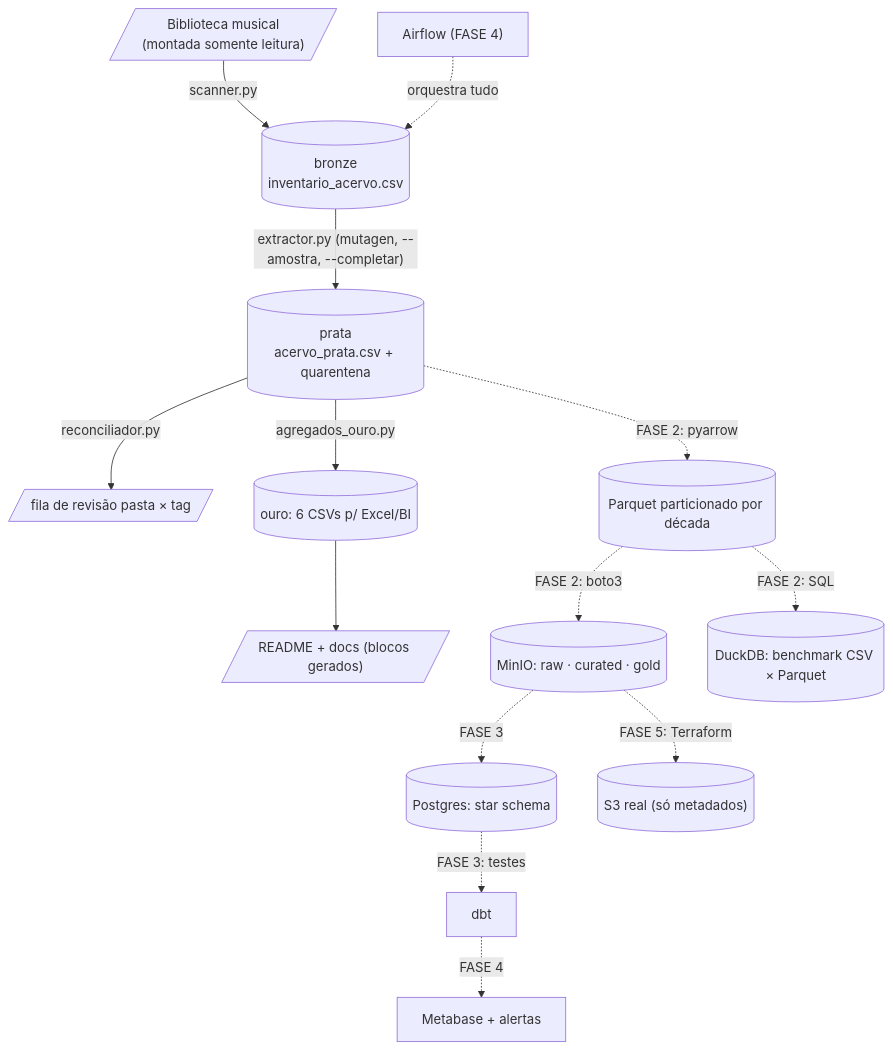
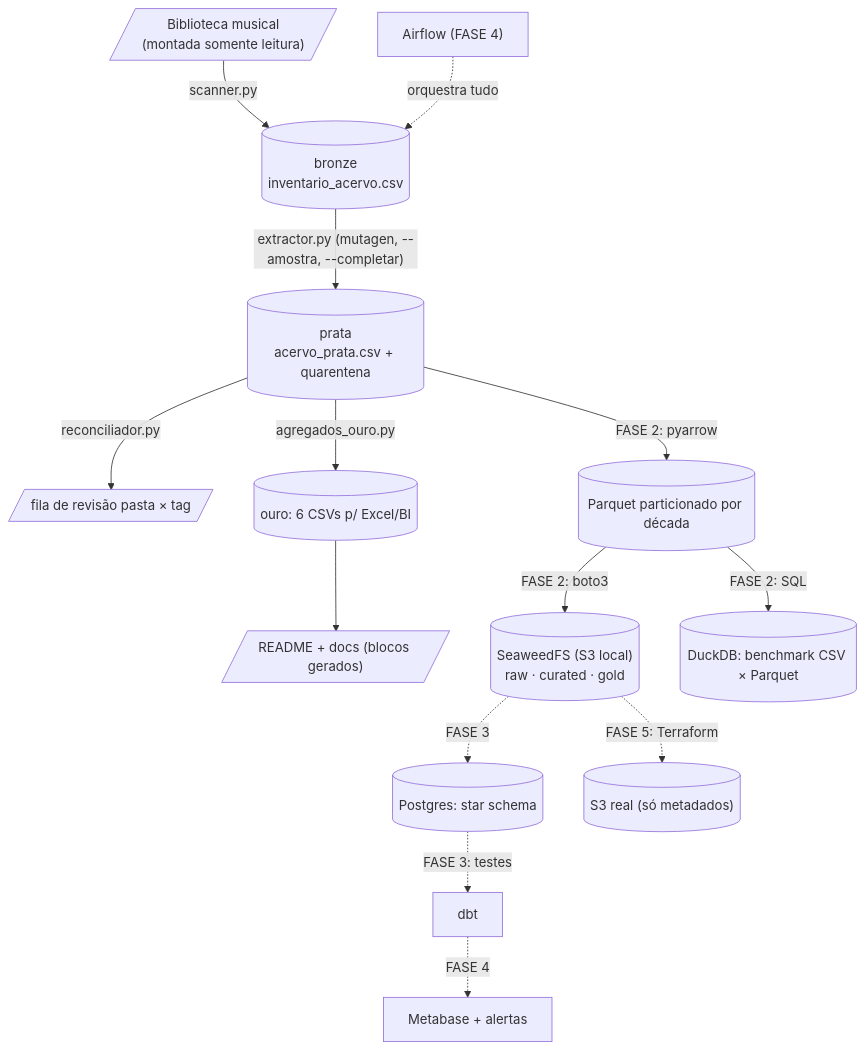
Before and after one commit to LipeKenway/acervo-musical: the diagram in README.md, drawn with Mermaid. The commit also changed other lines of this file and 9 other files, not shown here.

Commit message:
feat(FASE2): lake Parquet particionado + consultas DuckDB; docs refletem SeaweedFS (ADR-006)

````diff
--- a/README.md
+++ b/README.md
@@ -29,17 +35,16 @@
 ```mermaid
 flowchart TD
     DISCO[/"Biblioteca musical<br/>(montada somente leitura)"/] -->|scanner.py| BRONZE[("bronze<br/>inventario_acervo.csv")]
     BRONZE -->|"extractor.py (mutagen, --amostra, --completar)"| PRATA[("prata<br/>acervo_prata.csv + quarentena")]
     PRATA -->|reconciliador.py| FILA[/"fila de revisão pasta × tag"/]
     PRATA -->|agregados_ouro.py| OURO[("ouro: 6 CSVs p/ Excel/BI")]
     OURO --> DOCS[/"README + docs (blocos gerados)"/]
-
-    PRATA -.->|"FASE 2: pyarrow"| PARQ[("Parquet particionado por década")]
-    PARQ -.->|"FASE 2: boto3"| MINIO[("MinIO: raw · curated · gold")]
-    PARQ -.->|"FASE 2: SQL"| DUCK[("DuckDB: benchmark CSV × Parquet")]
+    PRATA -->|"FASE 2: pyarrow"| PARQ[("Parquet particionado por década")]
+    PARQ -->|"FASE 2: boto3"| MINIO[("SeaweedFS (S3 local)<br/>raw · curated · gold")]
+    PARQ -->|"FASE 2: SQL"| DUCK[("DuckDB: benchmark CSV × Parquet")]
     MINIO -.->|"FASE 3"| PG[("Postgres: star schema")]
     PG -.->|"FASE 3: testes"| DBT["dbt"]
     DBT -.->|"FASE 4"| META["Metabase + alertas"]
     AIR["Airflow (FASE 4)"] -. orquestra tudo .-> BRONZE
     MINIO -.->|"FASE 5: Terraform"| S3[("S3 real (só metadados)")]
 ```
````
